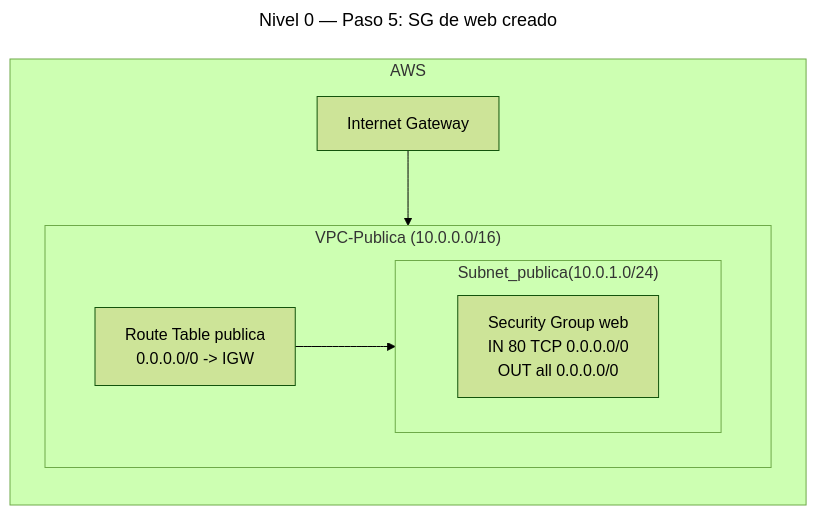
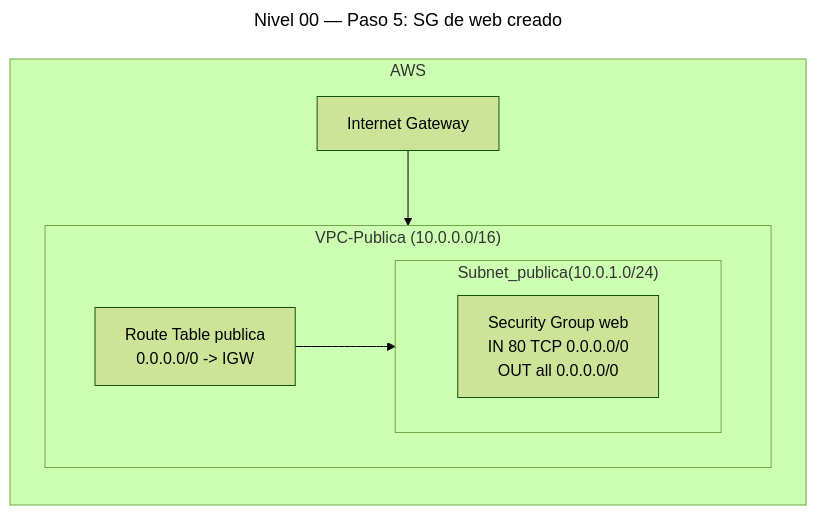
One commit to Marcos-SA-git/AWS-Certifications changed the sixth of 8 diagrams in SAA-C03/es/Prácticas/Fácil/Nivel-00.md. Above: the diagram before and after it, drawn with Mermaid (forest theme). The commit also changed other lines of this file, not shown here.

````diff
--- a/SAA-C03/es/Prácticas/Fácil/Nivel-00.md
+++ b/SAA-C03/es/Prácticas/Fácil/Nivel-00.md
@@ -174,17 +174,17 @@
 ```mermaid
 ---
-title: "Nivel 0 — Paso 5: SG de web creado"
+title: "Nivel 00 — Paso 5: SG de web creado"
 ---
 graph BT
 subgraph AWS[AWS]
   IGW[Internet Gateway]
   subgraph VPC["VPC-Publica (10.0.0.0/16)"]
     RT[Route Table publica<br>0.0.0.0/0 -> IGW]
     subgraph SUB["Subnet_publica(10.0.1.0/24)"]
       SG[Security Group web<br>IN 80 TCP 0.0.0.0/0<br>OUT all 0.0.0.0/0]
     end
   end
 end
 IGW --> VPC
 RT --> SUB
 ```
````
